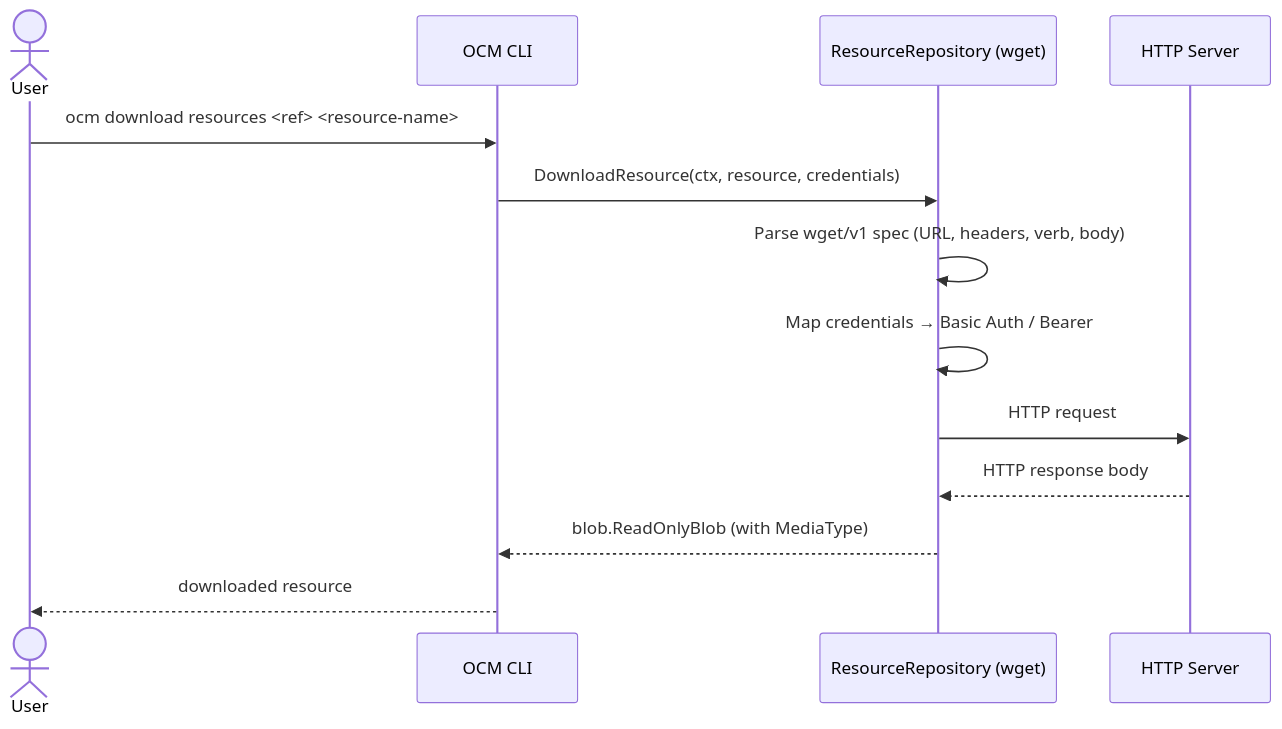
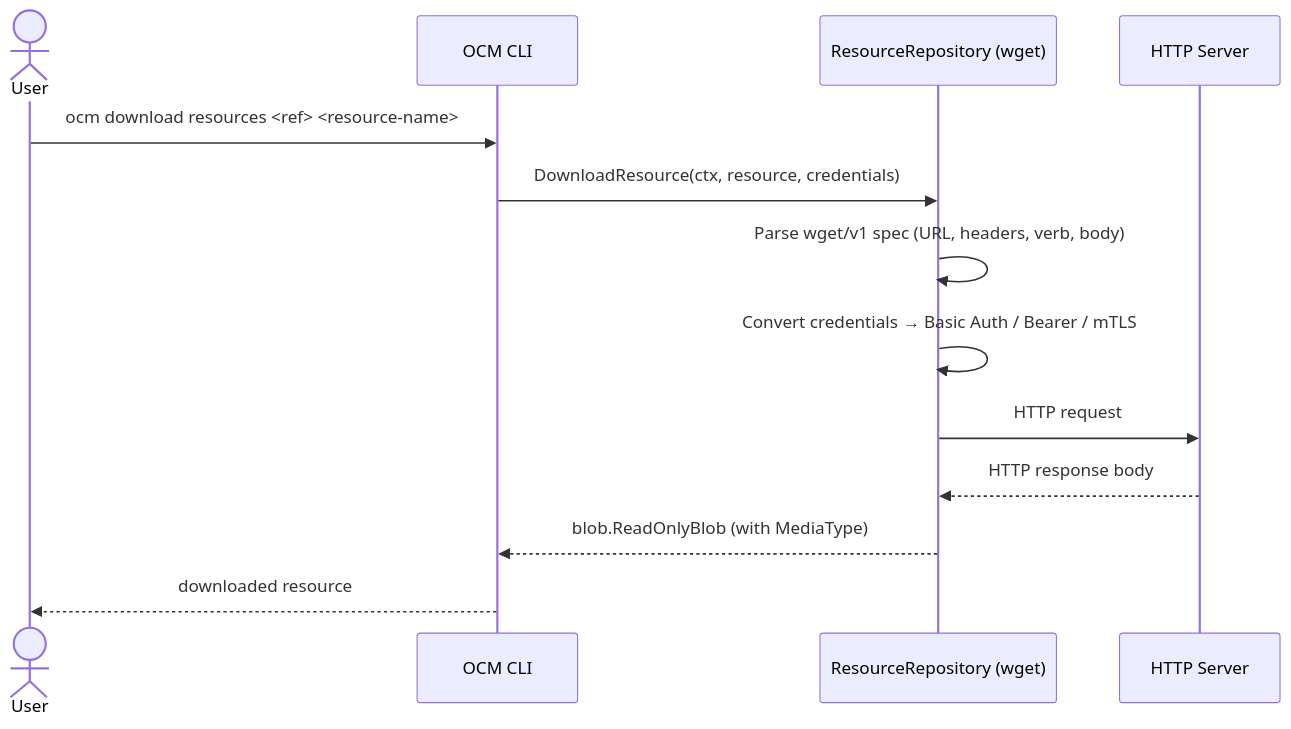
One commit to open-component-model/open-component-model changed the diagram in docs/adr/0023_wget_access_type.md. Above: the diagram before and after it, drawn with Mermaid. The commit also changed other lines of this file, not shown here.

````diff
--- a/docs/adr/0023_wget_access_type.md
+++ b/docs/adr/0023_wget_access_type.md
@@ -98,16 +101,16 @@
 ```mermaid
 sequenceDiagram
     actor User
     participant OCM CLI
     participant ResourceRepository (wget)
     participant HTTP Server
 
     User->>OCM CLI: ocm download resources <ref> <resource-name>
     OCM CLI->>ResourceRepository (wget): DownloadResource(ctx, resource, credentials)
     ResourceRepository (wget)->>ResourceRepository (wget): Parse wget/v1 spec (URL, headers, verb, body)
-    ResourceRepository (wget)->>ResourceRepository (wget): Map credentials → Basic Auth / Bearer
+    ResourceRepository (wget)->>ResourceRepository (wget): Convert credentials → Basic Auth / Bearer / mTLS
     ResourceRepository (wget)->>HTTP Server: HTTP request
     HTTP Server-->>ResourceRepository (wget): HTTP response body
     ResourceRepository (wget)-->>OCM CLI: blob.ReadOnlyBlob (with MediaType)
     OCM CLI-->>User: downloaded resource
 ```
````
